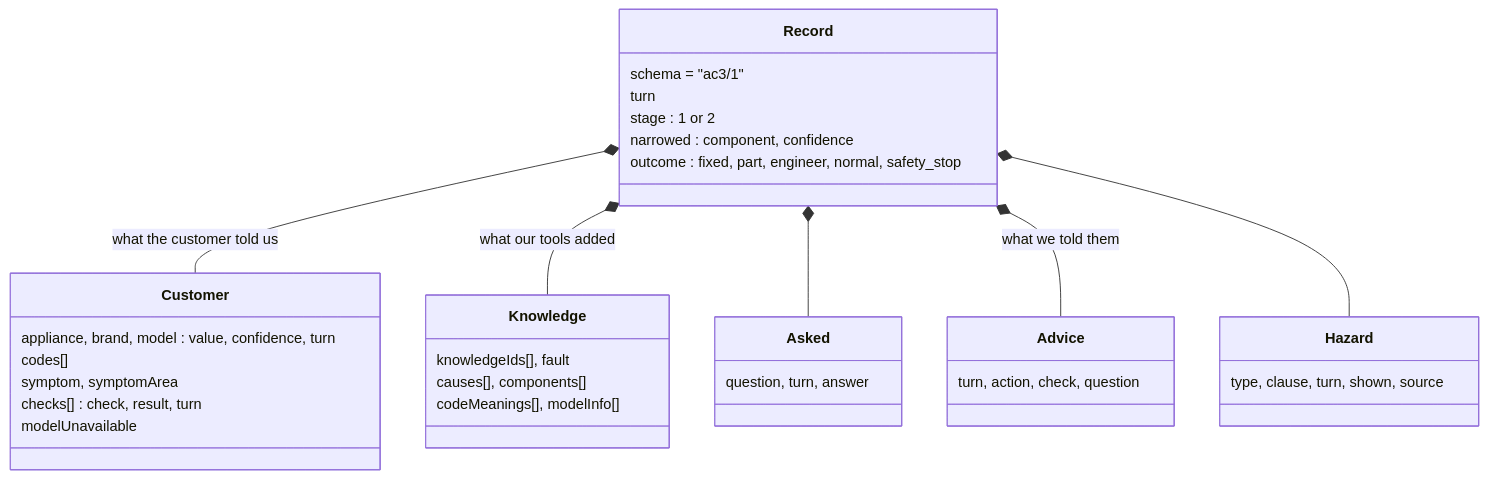
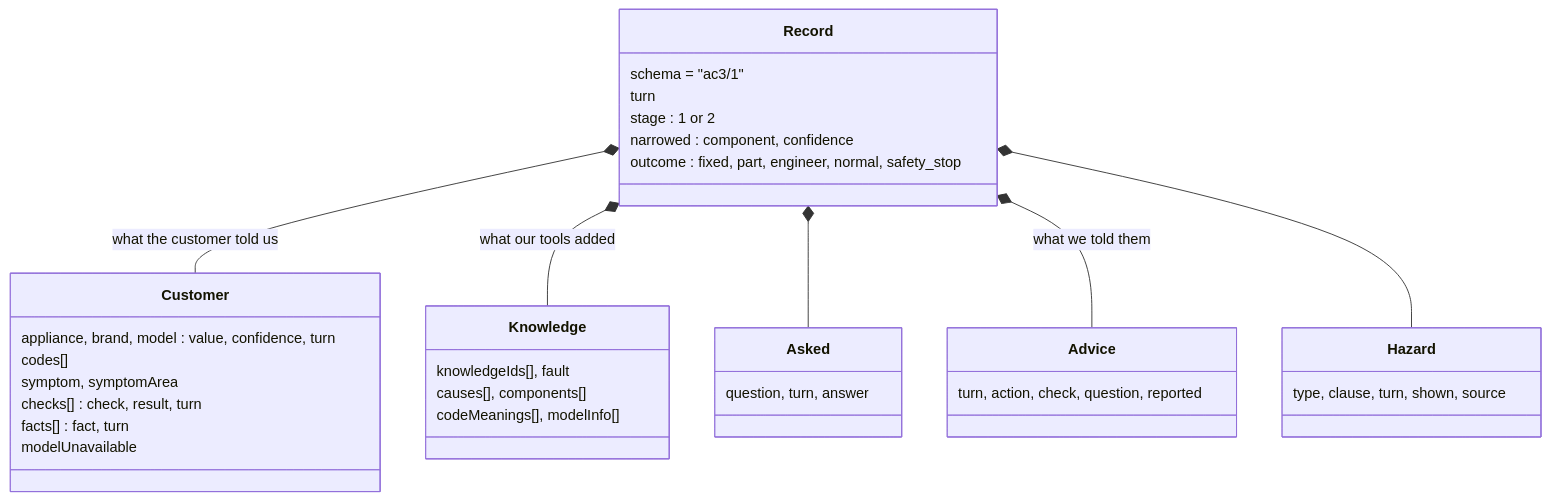
Before and after one commit to timdodgson/appliance-clinic: the third of 5 diagrams in docs/architecture/overview.md, drawn with Mermaid. The commit also changed other lines of this file and 16 other files, not shown here.

````diff
--- a/docs/architecture/overview.md
+++ b/docs/architecture/overview.md
@@ -111,30 +111,31 @@
 ```mermaid
 classDiagram
   class Record {
     schema = "ac3/1"
     turn
     stage : 1 or 2
     narrowed : component, confidence
     outcome : fixed, part, engineer, normal, safety_stop
   }
   class Customer {
     appliance, brand, model : value, confidence, turn
     codes[]
     symptom, symptomArea
     checks[] : check, result, turn
+    facts[] : fact, turn
     modelUnavailable
   }
   class Knowledge {
     knowledgeIds[], fault
     causes[], components[]
     codeMeanings[], modelInfo[]
   }
   class Asked { question, turn, answer }
-  class Advice { turn, action, check, question }
+  class Advice { turn, action, check, question, reported }
   class Hazard { type, clause, turn, shown, source }
   Record *-- Customer : what the customer told us
   Record *-- Knowledge : what our tools added
   Record *-- Asked
   Record *-- Advice : what we told them
   Record *-- Hazard
 ```
````
